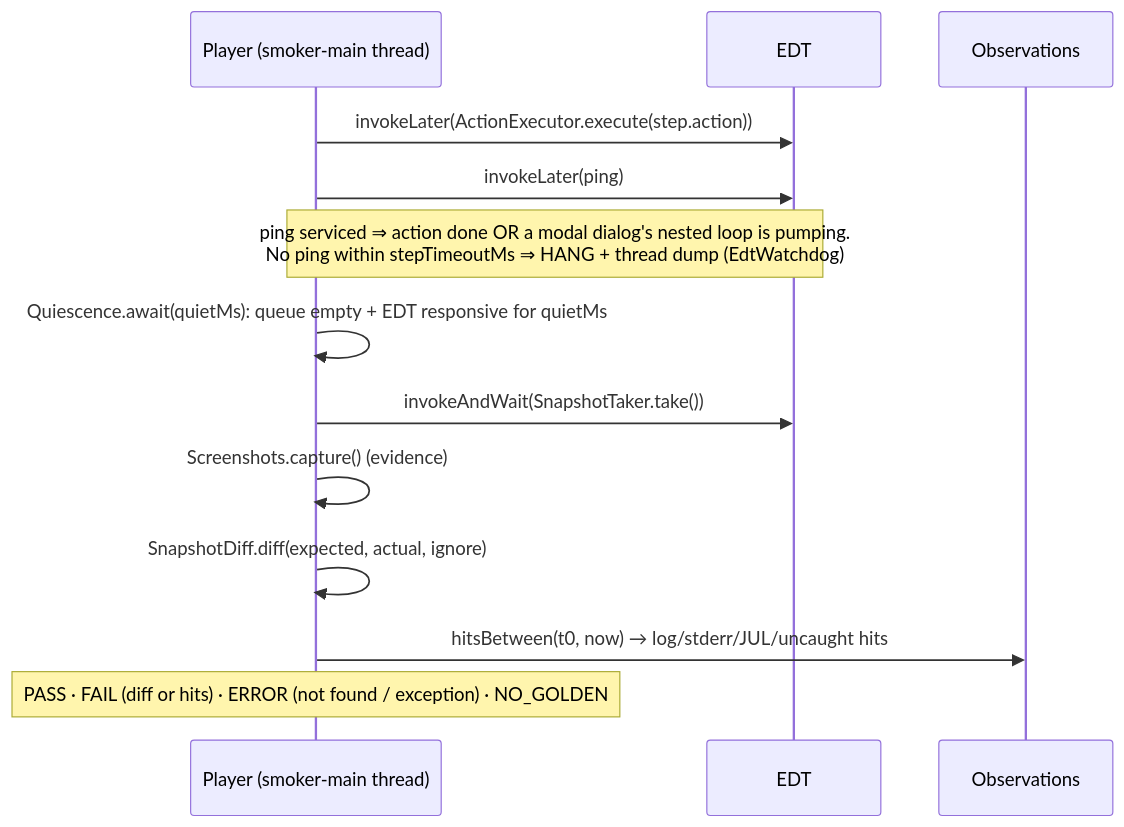
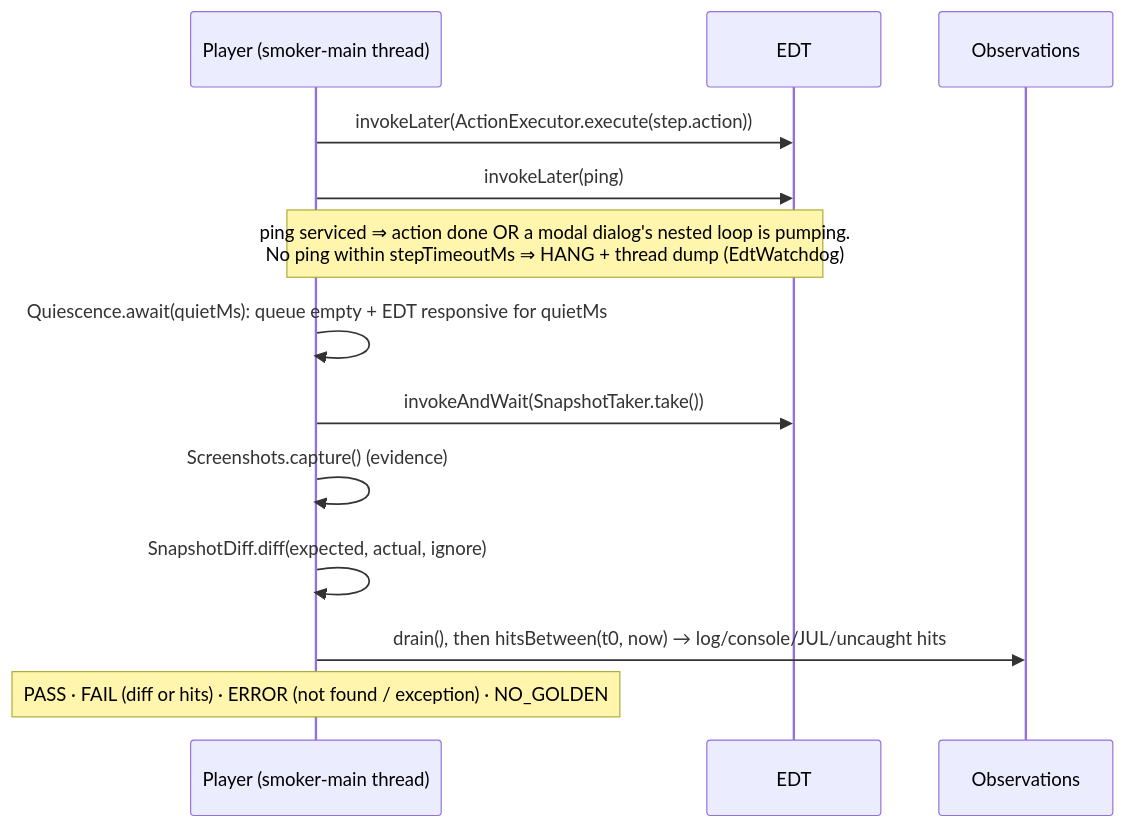
Before and after one commit to taetrus/s.smoker: the second of 2 diagrams in docs/architecture.md, drawn with Mermaid. The commit also changed other lines of this file and 4 other files, not shown here.

````diff
--- a/docs/architecture.md
+++ b/docs/architecture.md
@@ -63,15 +64,15 @@
 ```mermaid
 sequenceDiagram
   participant P as Player (smoker-main thread)
   participant E as EDT
   participant O as Observations
   P->>E: invokeLater(ActionExecutor.execute(step.action))
   P->>E: invokeLater(ping)
   Note over P,E: ping serviced ⇒ action done OR a modal dialog's nested loop is pumping.<br/>No ping within stepTimeoutMs ⇒ HANG + thread dump (EdtWatchdog)
   P->>P: Quiescence.await(quietMs): queue empty + EDT responsive for quietMs
   P->>E: invokeAndWait(SnapshotTaker.take())
   P->>P: Screenshots.capture() (evidence)
   P->>P: SnapshotDiff.diff(expected, actual, ignore)
-  P->>O: hitsBetween(t0, now) → log/stderr/JUL/uncaught hits
+  P->>O: drain(), then hitsBetween(t0, now) → log/console/JUL/uncaught hits
   Note over P: PASS · FAIL (diff or hits) · ERROR (not found / exception) · NO_GOLDEN
 ```
````
